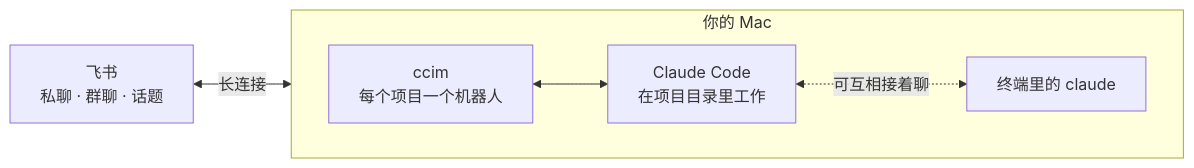
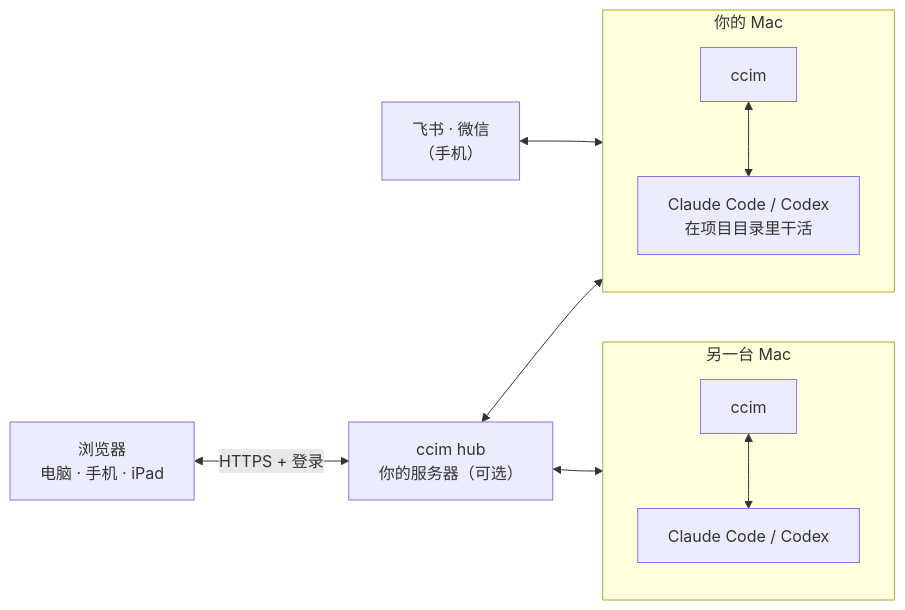
The diagram in README.md (lzy2025ai/ccim), drawn with Mermaid before and after one commit. The commit also changed other lines of this file and 1 other file, not shown here.

Commit message:
README：开头加整体介绍（聊天软件、网页、多台电脑、服务器总控四部分和关系图）

````diff
--- a/README.md
+++ b/README.md
@@ -34,9 +31,15 @@
 ```mermaid
 flowchart LR
-    F["飞书<br/>私聊 · 群聊 · 话题"] <-->|"长连接"| C
-    subgraph Mac["你的 Mac"]
-        direction LR
-        C["ccim<br/>每个项目一个机器人"] <--> S["Claude Code<br/>在项目目录里工作"]
-        S <-.->|"可互相接着聊"| T["终端里的 claude"]
+    IM["飞书 · 微信<br/>（手机）"] <--> A
+    B["浏览器<br/>电脑 · 手机 · iPad"] <-->|"HTTPS + 登录"| H["ccim hub<br/>你的服务器（可选）"]
+    H <--> A
+    H <--> M2
+    subgraph A["你的 Mac"]
+        direction TB
+        CA["ccim"] <--> CC["Claude Code / Codex<br/>在项目目录里干活"]
+    end
+    subgraph M2["另一台 Mac"]
+        direction TB
+        CB["ccim"] <--> CD["Claude Code / Codex"]
     end
 ```
````
